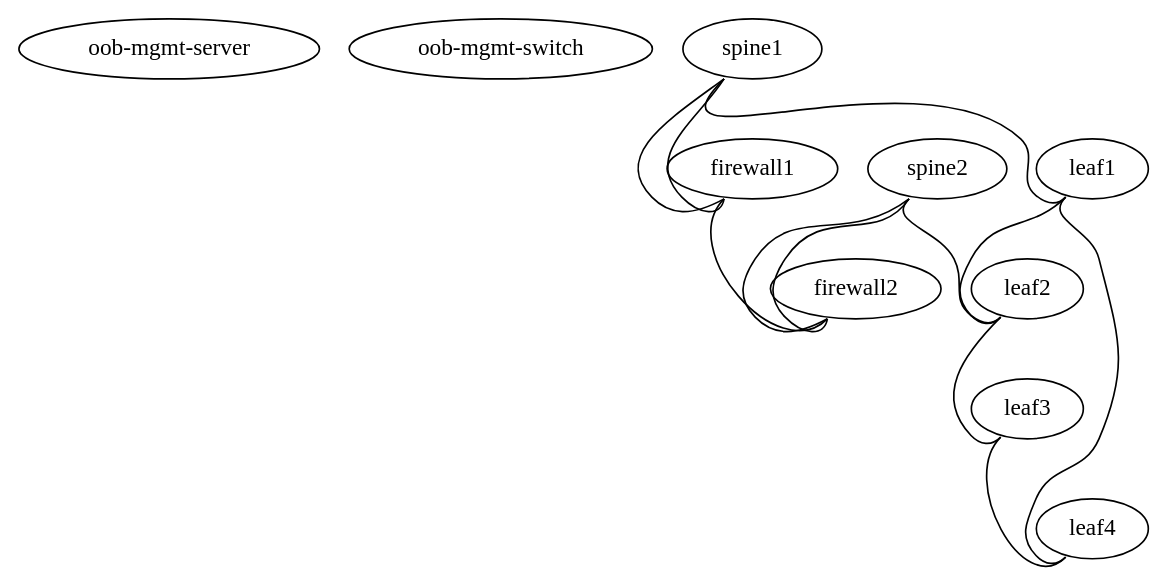
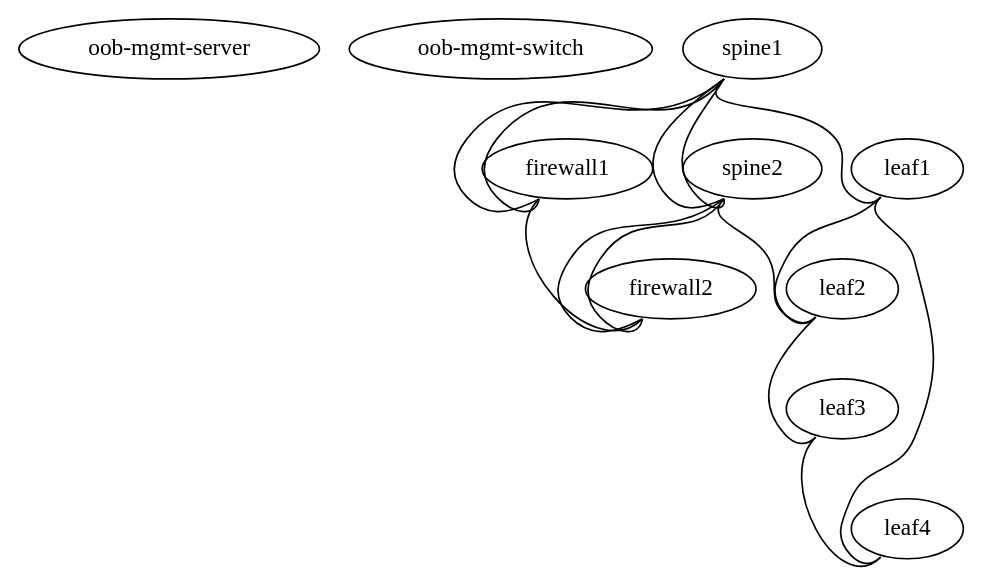
The diagram in demo.dot (naturalis/oss-network-demo), drawn with Graphviz before and after one commit.

Commit message:
Interlink

```diff
--- a/demo.dot
+++ b/demo.dot
@@ -1,29 +1,33 @@
 graph demo {
  "oob-mgmt-server" [function="oob-server" config="./helper_scripts/oob_switch_config.sh" memory="3072" mgmt_ip="192.168.200.254/24"]
  "oob-mgmt-switch" [function="oob-switch" config="./helper_scripts/oob_switch_config.sh" mgmt_ip="192.168.200.100"]
 
  "firewall1" [function="fake"]
  "firewall2" [function="fake"]
 
  "spine1" [function="spine" config="./helper_scripts/extra_switch_config.sh" mgmt_ip="192.168.200.1"]
  "spine2" [function="spine" config="./helper_scripts/extra_switch_config.sh" mgmt_ip="192.168.200.2"]
  
  "leaf1" [function="leaf" config="./helper_scripts/extra_switch_config.sh" mgmt_ip="192.168.200.10"]
  "leaf2" [function="leaf" config="./helper_scripts/extra_switch_config.sh" mgmt_ip="192.168.200.20"]
  "leaf3" [function="leaf" config="./helper_scripts/extra_switch_config.sh" mgmt_ip="192.168.200.30"]
  "leaf4" [function="leaf" config="./helper_scripts/extra_switch_config.sh" mgmt_ip="192.168.200.40"]
 
    "spine1":"swp45" -- "firewall1":"swp0"
    "spine1":"swp46" -- "firewall1":"swp1"
    "spine2":"swp45" -- "firewall2":"swp0"
    "spine2":"swp46" -- "firewall2":"swp1"
+   
    "firewall1":"swp2" -- "firewall2":"swp2"
+
+   "spine1":"swp49" -- "spine2":"swp49"
+   "spine1":"swp50" -- "spine2":"swp50"
 
    "spine1":"swp1" -- "leaf1":"swp52"
    "spine2":"swp1" -- "leaf2":"swp52"
 
    "leaf1":"swp50" -- "leaf2":"swp50"
    "leaf3":"swp50" -- "leaf4":"swp50"
    "leaf1":"swp49" -- "leaf4":"swp52"
    "leaf2":"swp49" -- "leaf3":"swp52"
 }
```
